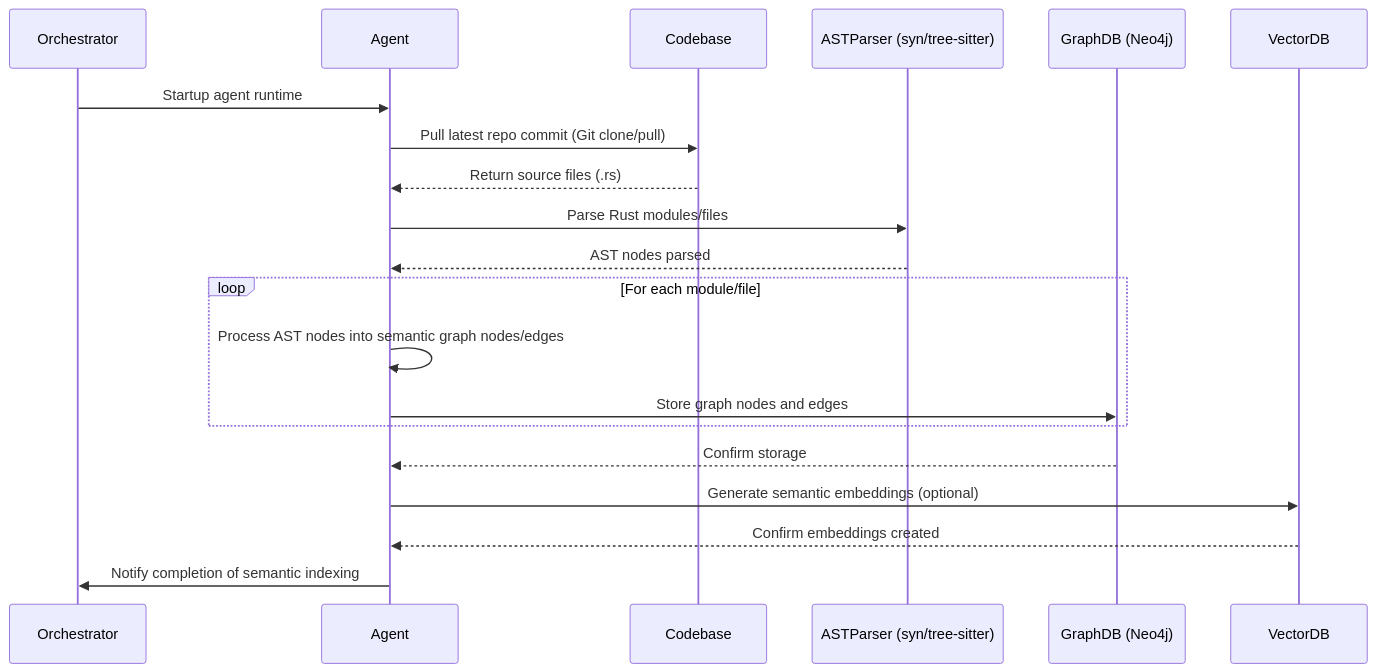
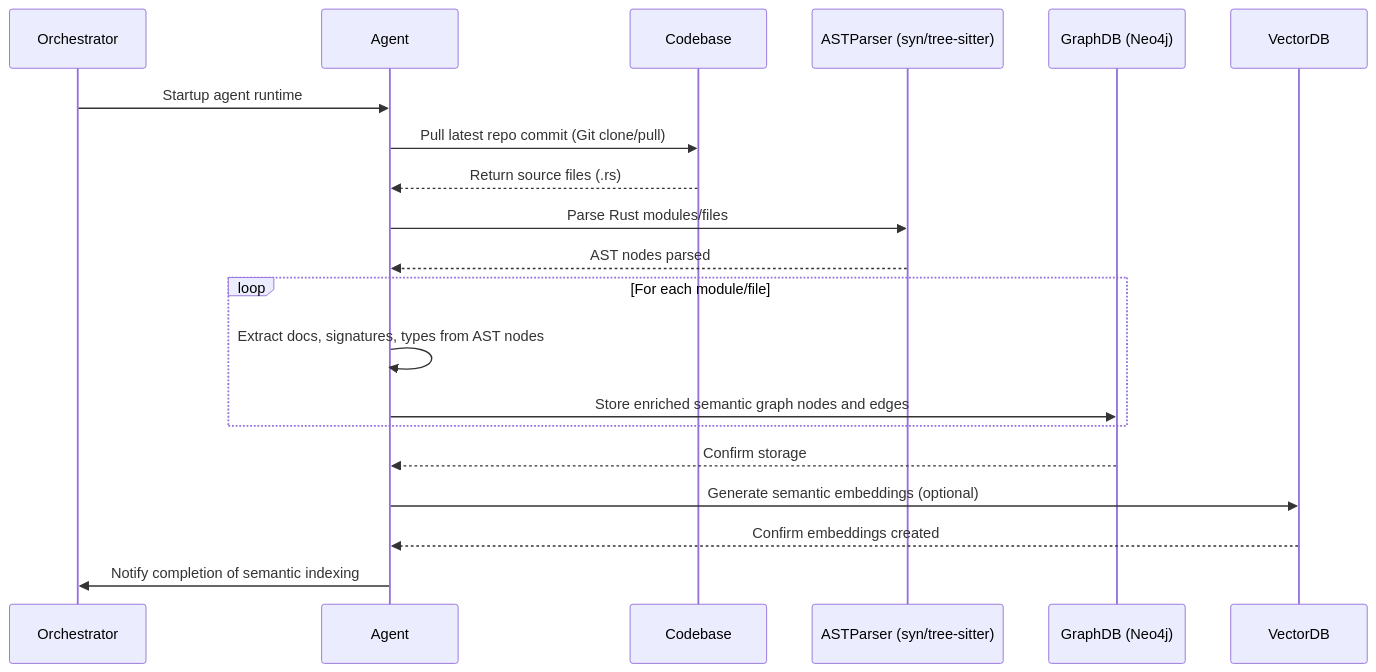
One commit to microscaler/tinkerbell changed the first of 2 diagrams in docs/adrs/0009-Code_Structure_Graph_and_Symbol_Analysis.md. Above: the diagram before and after it, drawn with Mermaid. The commit also changed other lines of this file and 1 other file, not shown here.

Commit message:
Code structure and graph

````diff
--- a/docs/adrs/0009-Code_Structure_Graph_and_Symbol_Analysis.md
+++ b/docs/adrs/0009-Code_Structure_Graph_and_Symbol_Analysis.md
@@ -44,23 +51,23 @@
 ```mermaid
 sequenceDiagram
     participant Orchestrator
     participant Agent
     participant Codebase
     participant ASTParser (syn/tree-sitter)
     participant GraphDB (Neo4j)
     participant VectorDB
 
     Orchestrator->>Agent: Startup agent runtime
     Agent->>Codebase: Pull latest repo commit (Git clone/pull)
     Codebase-->>Agent: Return source files (.rs)
     Agent->>ASTParser (syn/tree-sitter): Parse Rust modules/files
     ASTParser (syn/tree-sitter)-->>Agent: AST nodes parsed
     loop For each module/file
-        Agent->>Agent: Process AST nodes into semantic graph nodes/edges
-        Agent->>GraphDB (Neo4j): Store graph nodes and edges
+        Agent->>Agent: Extract docs, signatures, types from AST nodes
+        Agent->>GraphDB (Neo4j): Store enriched semantic graph nodes and edges
     end
     GraphDB (Neo4j)-->>Agent: Confirm storage
     Agent->>VectorDB: Generate semantic embeddings (optional)
     VectorDB-->>Agent: Confirm embeddings created
     Agent->>Orchestrator: Notify completion of semantic indexing
 ```
````
